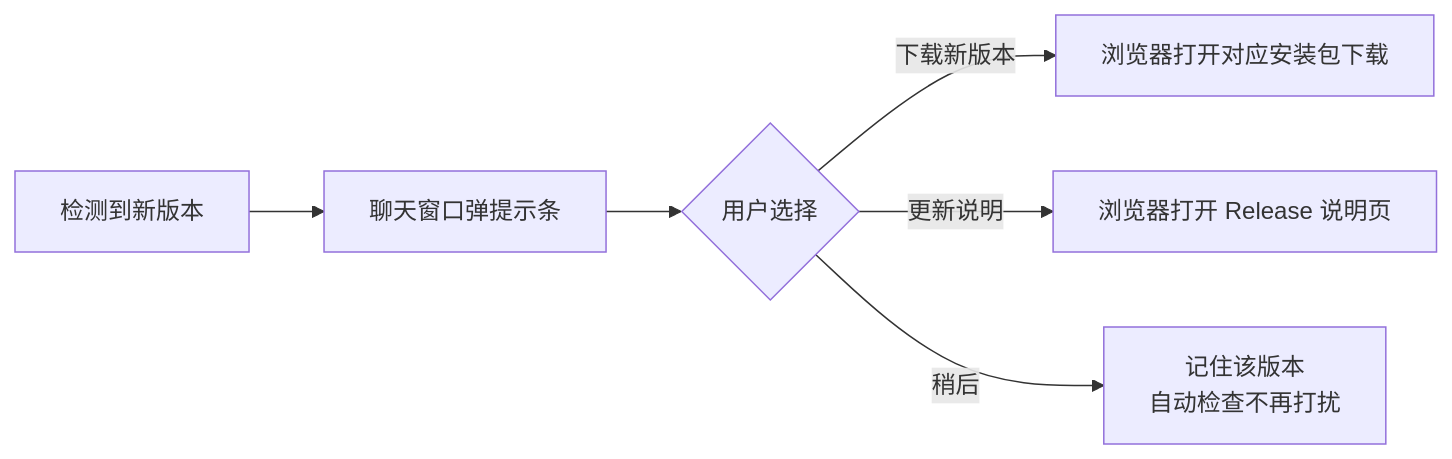
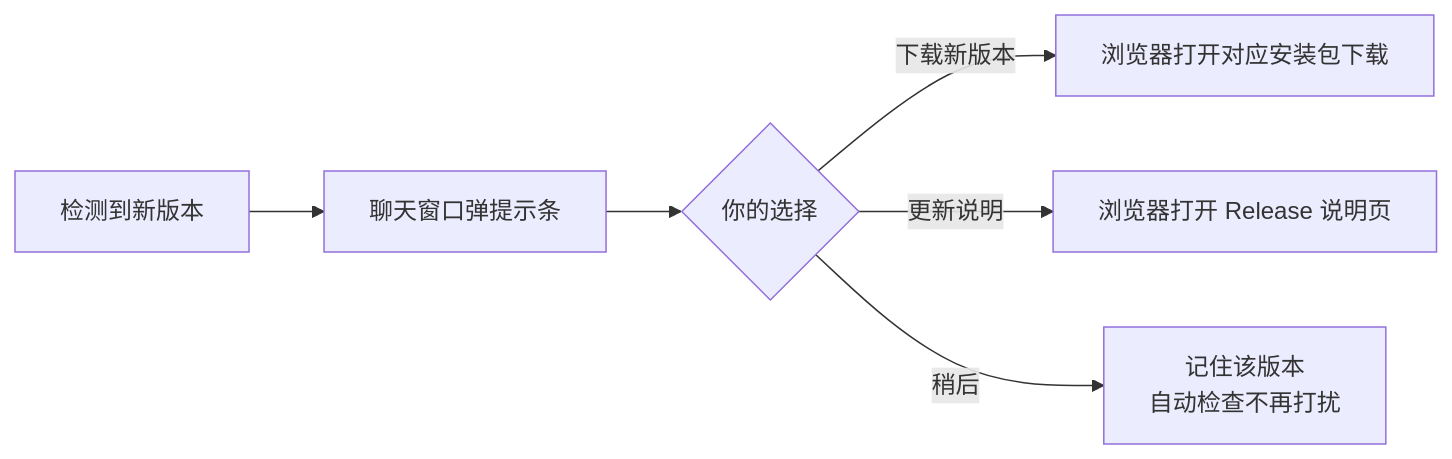
One commit to Koala-Dai/gongde-koala changed the third of 3 diagrams in README.md. Above: the diagram before and after it, drawn with Mermaid. The commit also changed other lines of this file and 1 other file, not shown here.

Commit message:
docs: 面向普通用户优化 README（banner 图、下载区、FAQ、弱化技术术语）

````diff
--- a/README.md
+++ b/README.md
@@ -88,8 +122,8 @@
 ```mermaid
 flowchart LR
     A[检测到新版本] --> B[聊天窗口弹提示条]
-    B --> C{用户选择}
+    B --> C{你的选择}
     C -- 下载新版本 --> D[浏览器打开对应安装包下载]
     C -- 更新说明 --> E[浏览器打开 Release 说明页]
     C -- 稍后 --> F[记住该版本<br/>自动检查不再打扰]
 ```
````
